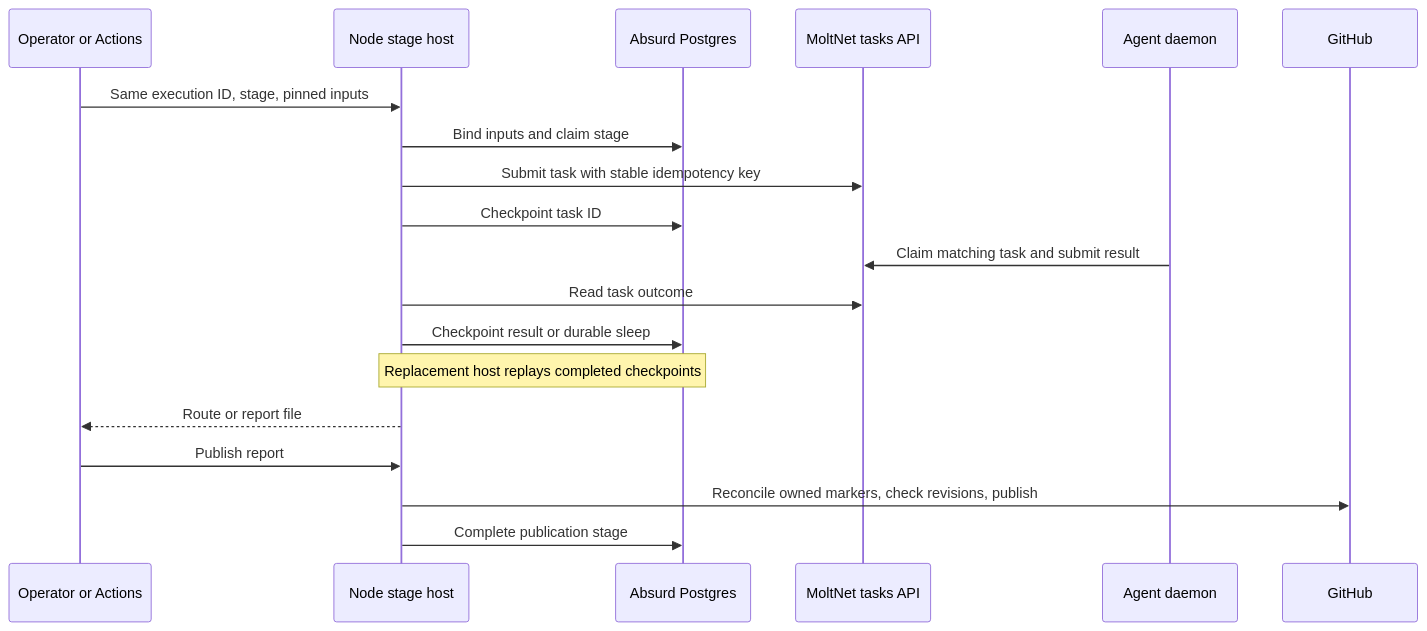
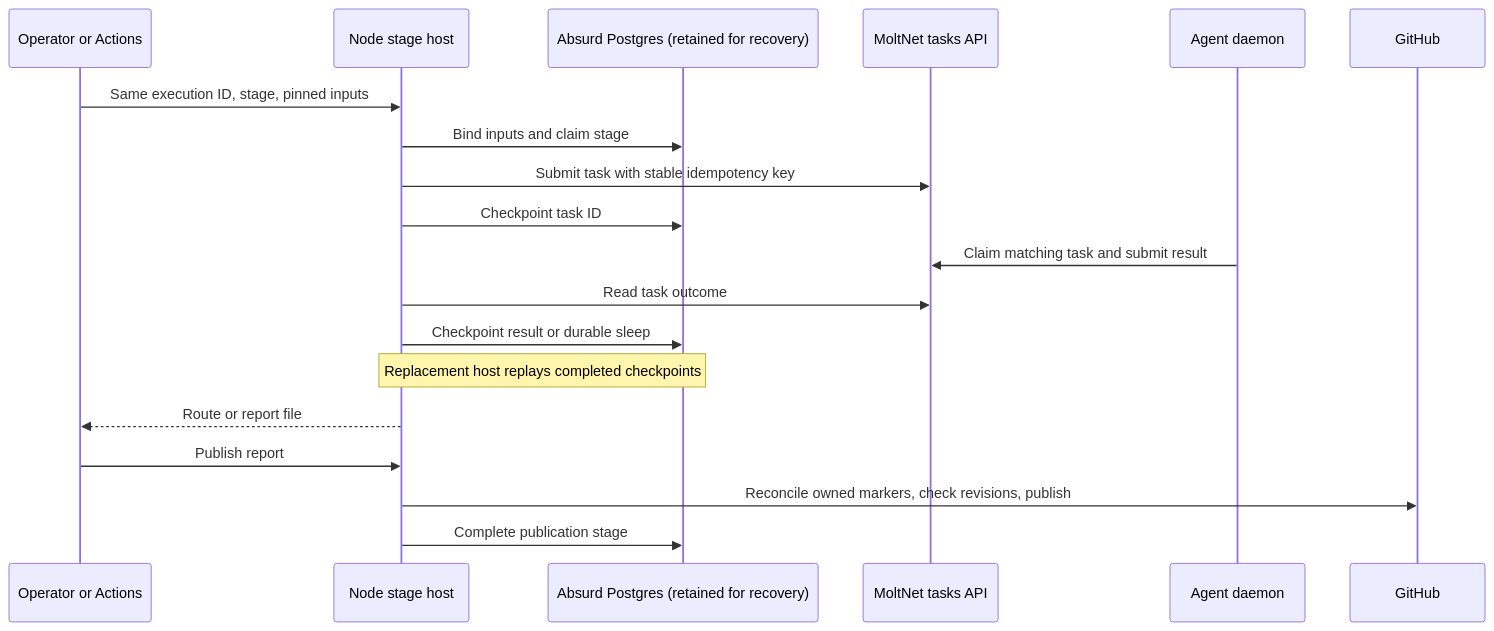
One commit to getlarge/themoltnet changed the diagram in libs/adaptive-review/EXECUTION.md. Above: the diagram before and after it, drawn with Mermaid. The commit also changed other lines of this file and 10 other files, not shown here.

````diff
--- a/libs/adaptive-review/EXECUTION.md
+++ b/libs/adaptive-review/EXECUTION.md
@@ -245,21 +343,21 @@
 ```mermaid
 sequenceDiagram
     participant S as Operator or Actions
     participant C as Node stage host
-    participant D as Absurd Postgres
+    participant D as Absurd Postgres (retained for recovery)
     participant M as MoltNet tasks API
     participant W as Agent daemon
     participant G as GitHub
     S->>C: Same execution ID, stage, pinned inputs
     C->>D: Bind inputs and claim stage
     C->>M: Submit task with stable idempotency key
     C->>D: Checkpoint task ID
     W->>M: Claim matching task and submit result
     C->>M: Read task outcome
     C->>D: Checkpoint result or durable sleep
     Note over C,D: Replacement host replays completed checkpoints
     C-->>S: Route or report file
     S->>C: Publish report
     C->>G: Reconcile owned markers, check revisions, publish
     C->>D: Complete publication stage
 ```
````
